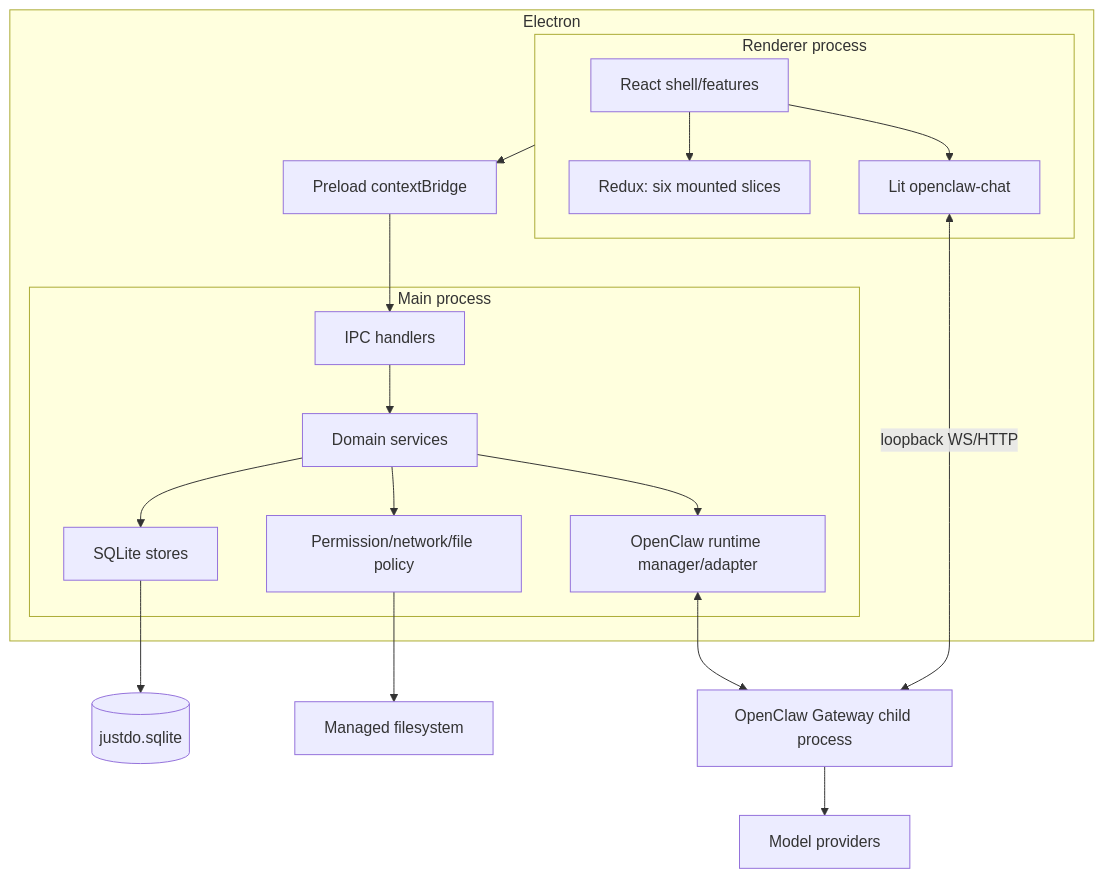
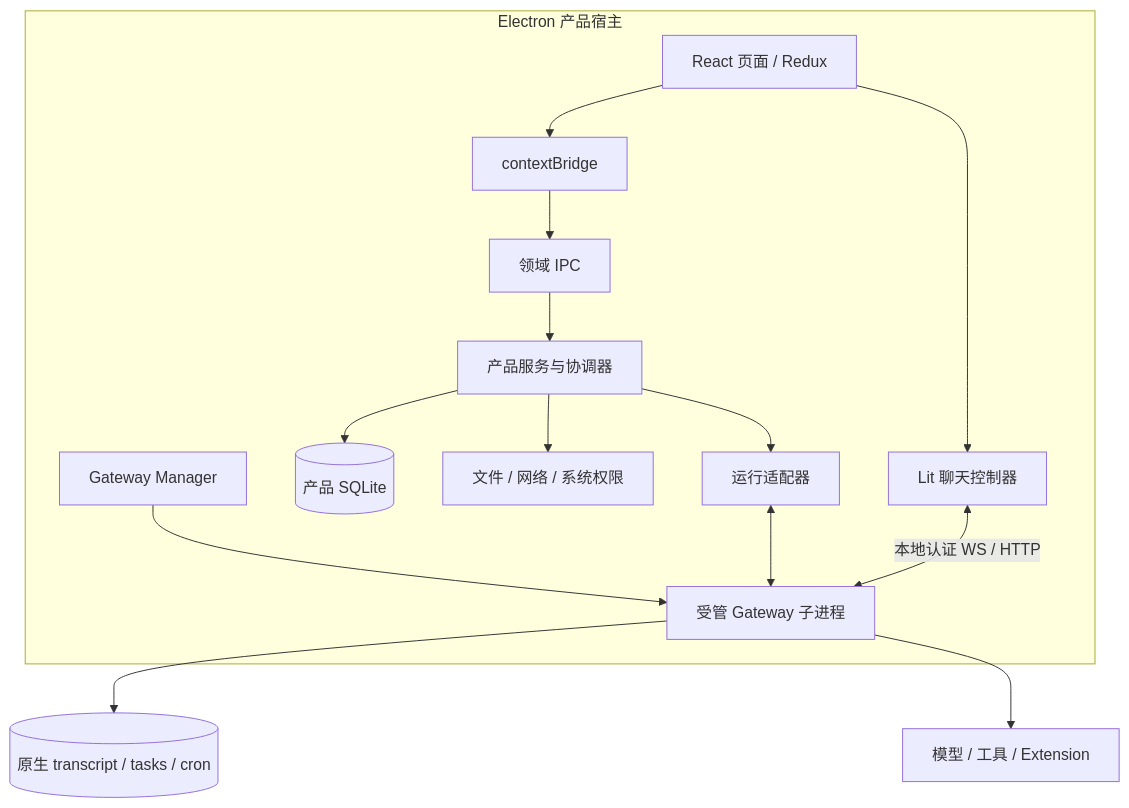
One commit to liangxhao/JustDo changed the first of 2 diagrams in docs/architecture/02-architecture.md. Above: the diagram before and after it, drawn with Mermaid. The commit also changed other lines of this file and 46 other files, not shown here.

Commit message:
docs: rewrite architecture and feature guides for current implementation

````diff
--- a/docs/architecture/02-architecture.md
+++ b/docs/architecture/02-architecture.md
@@ -17,34 +11,17 @@
 ```mermaid
 flowchart TB
-  subgraph Electron
-    subgraph RendererProcess[Renderer process]
-      React[React shell/features]
-      Redux[Redux: six mounted slices]
-      Chat[Lit openclaw-chat]
-      React --> Redux
-      React --> Chat
-    end
-    Preload[Preload contextBridge]
-    subgraph MainProcess[Main process]
-      IPC[IPC handlers]
-      Domain[Domain services]
-      Policy[Permission/network/file policy]
-      Stores[SQLite stores]
-      Runtime[OpenClaw runtime manager/adapter]
-      IPC --> Domain
-      Domain --> Policy
-      Domain --> Stores
-      Domain --> Runtime
-    end
+  subgraph Desktop[Electron 产品宿主]
+    UI[React 页面 / Redux] --> Chat[Lit 聊天控制器]
+    UI --> Preload[contextBridge]
+    Preload --> IPC[领域 IPC]
+    IPC --> Product[产品服务与协调器]
+    Product --> DB[(产品 SQLite)]
+    Product --> Policy[文件 / 网络 / 系统权限]
+    Product --> Adapter[运行适配器]
+    Manager[Gateway Manager] --> Process[受管 Gateway 子进程]
+    Adapter <--> Process
   end
-  DB[(justdo.sqlite)]
-  FS[Managed filesystem]
-  Gateway[OpenClaw Gateway child process]
-  Models[Model providers]
-  RendererProcess --> Preload --> IPC
-  Chat <-->|loopback WS/HTTP| Gateway
-  Stores --> DB
-  Policy --> FS
-  Runtime <--> Gateway
-  Gateway --> Models
+  Chat <-->|本地认证 WS / HTTP| Process
+  Process --> Native[(原生 transcript / tasks / cron)]
+  Process --> Runtime[模型 / 工具 / Extension]
 ```
````
